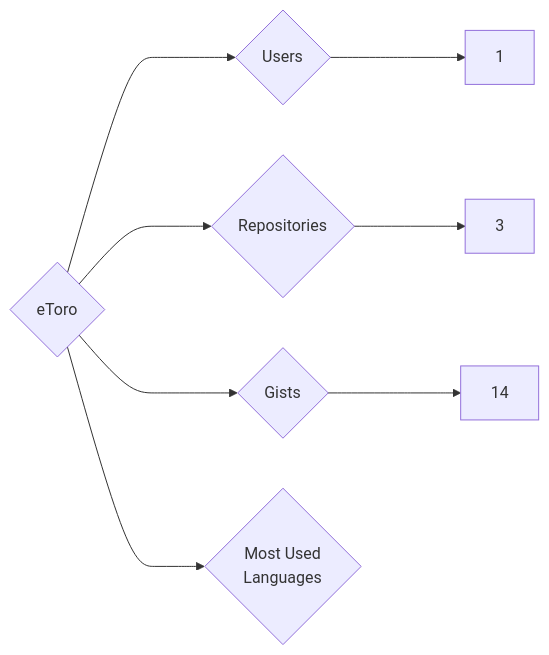
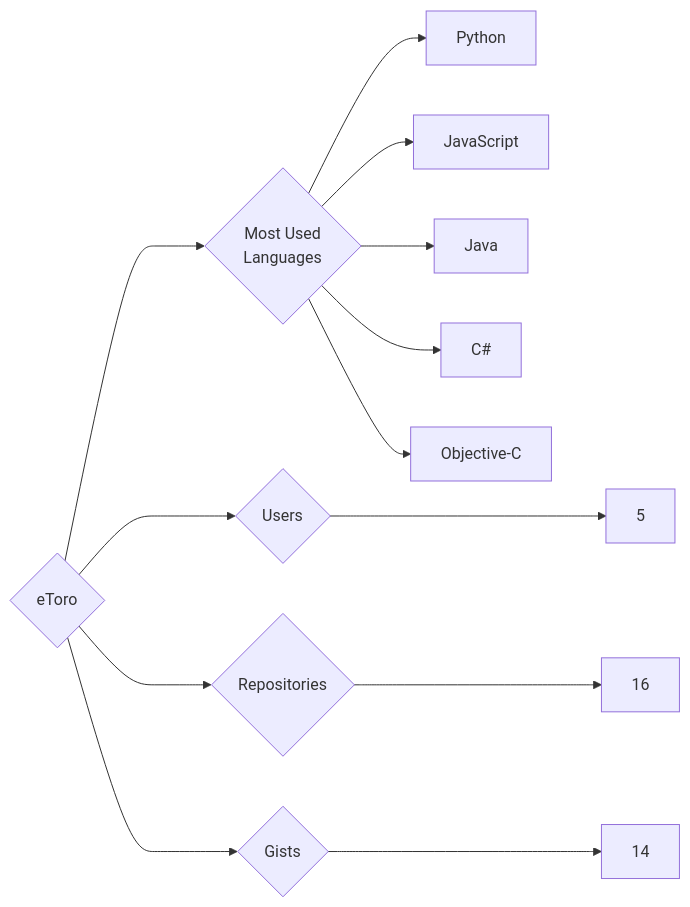
The diagram in targets/eToro/README.md (trickest/insiders), drawn with Mermaid before and after one commit. The commit also changed 1166 other files, not shown here.

````diff
--- a/targets/eToro/README.md
+++ b/targets/eToro/README.md
@@ -3,8 +3,13 @@
 ```mermaid
 graph LR
 COMPANY_NAME{eToro}
-COMPANY_NAME ---> U{Users} ---> UN[1]
-COMPANY_NAME ---> R{Repositories} ---> RN[3]
+COMPANY_NAME ---> U{Users} ---> UN[5]
+COMPANY_NAME ---> R{Repositories} ---> RN[16]
 COMPANY_NAME ---> G{Gists} ---> GN[14]
 COMPANY_NAME ---> ML{Most Used<br>Languages}
+ML --> Python[Python]
+ML --> JavaScript[JavaScript]
+ML --> Java[Java]
+ML --> C#[C#]
+ML --> Objective-C[Objective-C]
 ```
````
